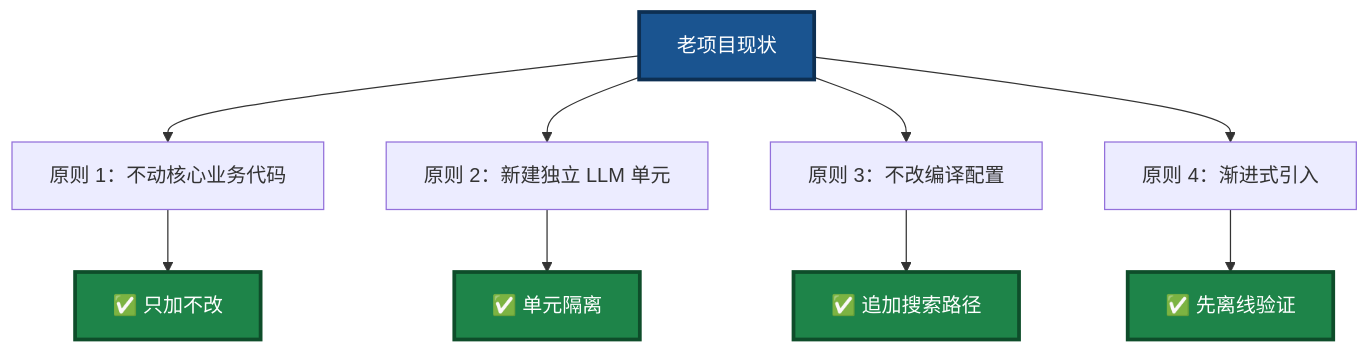
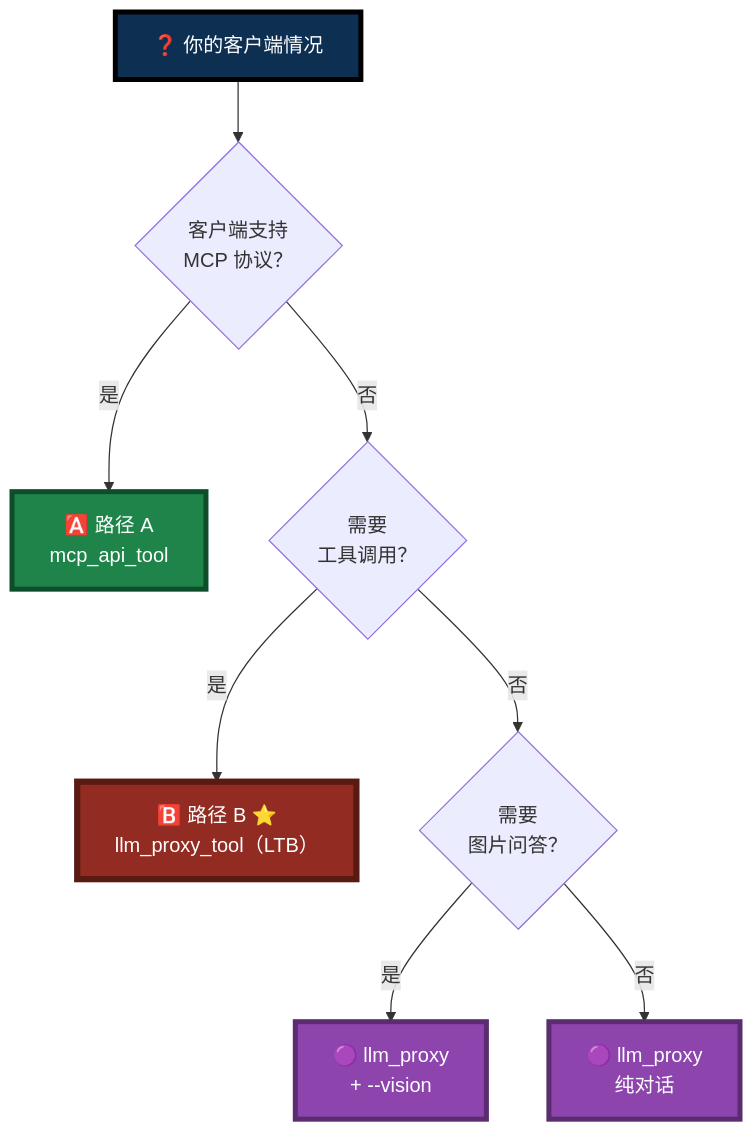
The fourth of 12 diagrams in Pascal_Integration_Guide.md (PassByYou888/LingoFuse-pasAgent-v3), drawn with Mermaid before and after one commit. The commit also changed other lines of this file, not shown here.

````diff
--- a/Pascal_Integration_Guide.md
+++ b/Pascal_Integration_Guide.md
@@ -535,18 +111,19 @@
 ```mermaid
 flowchart TB
-    A["老项目现状"] --> B["原则 1：不动核心业务代码"]
-    A --> C["原则 2：新建独立 LLM 单元"]
-    A --> D["原则 3：不改编译配置"]
-    A --> E["原则 4：渐进式引入"]
+    START["❓ 你的客户端情况"] --> Q1{"客户端支持<br/>MCP 协议？"}
 
-    B --> F["✅ 只加不改"]
-    C --> G["✅ 单元隔离"]
-    D --> H["✅ 追加搜索路径"]
-    E --> I["✅ 先离线验证"]
+    Q1 -->|"是"| A["🅰️ 路径 A<br/>mcp_api_tool"]
+    Q1 -->|"否"| Q2{"需要<br/>工具调用？"}
 
-    style A fill:#1A5490,stroke:#0D2F52,stroke-width:3px,color:#FFFFFF
-    style F fill:#1E8449,stroke:#0E4D2A,stroke-width:3px,color:#FFFFFF
-    style G fill:#1E8449,stroke:#0E4D2A,stroke-width:3px,color:#FFFFFF
-    style H fill:#1E8449,stroke:#0E4D2A,stroke-width:3px,color:#FFFFFF
-    style I fill:#1E8449,stroke:#0E4D2A,stroke-width:3px,color:#FFFFFF
+    Q2 -->|"是"| B["🅱️ 路径 B ⭐<br/>llm_proxy_tool（LTB）"]
+    Q2 -->|"否"| Q3{"需要<br/>图片问答？"}
+
+    Q3 -->|"是"| C["🟣 llm_proxy<br/>+ --vision"]
+    Q3 -->|"否"| D["🟣 llm_proxy<br/>纯对话"]
+
+    style START fill:#0D2F52,stroke:#000000,stroke-width:4px,color:#FFFFFF
+    style A fill:#1E8449,stroke:#0E4D2A,stroke-width:4px,color:#FFFFFF
+    style B fill:#922B21,stroke:#5A1A14,stroke-width:5px,color:#FFFFFF
+    style C fill:#8E44AD,stroke:#5B2C6F,stroke-width:4px,color:#FFFFFF
+    style D fill:#8E44AD,stroke:#5B2C6F,stroke-width:4px,color:#FFFFFF
 ```
````
